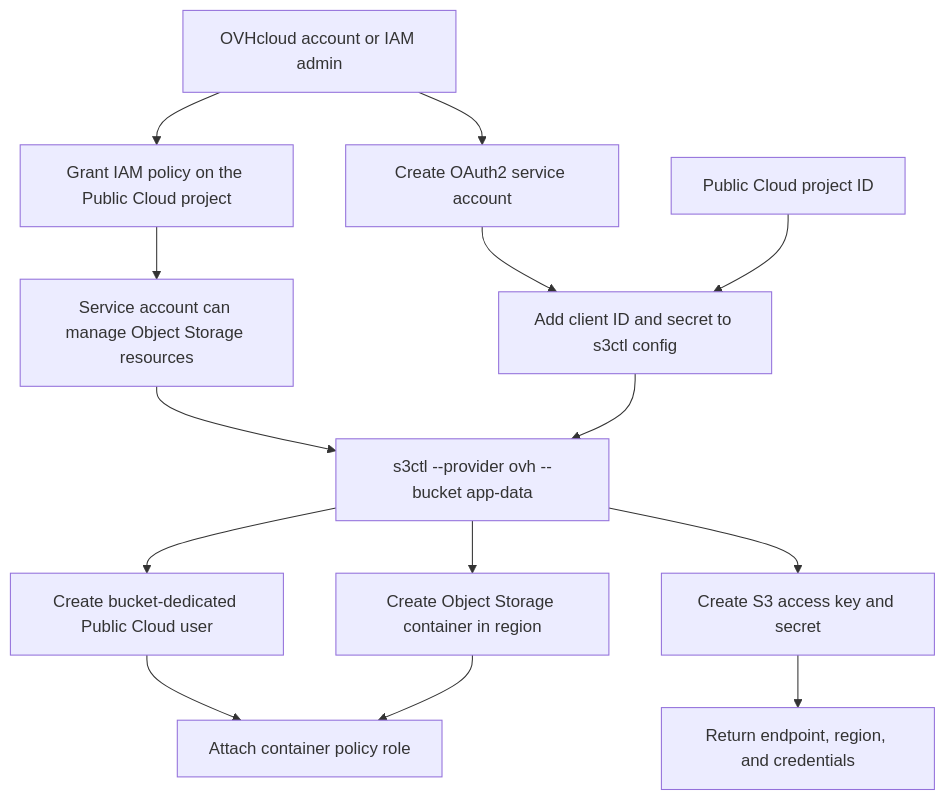
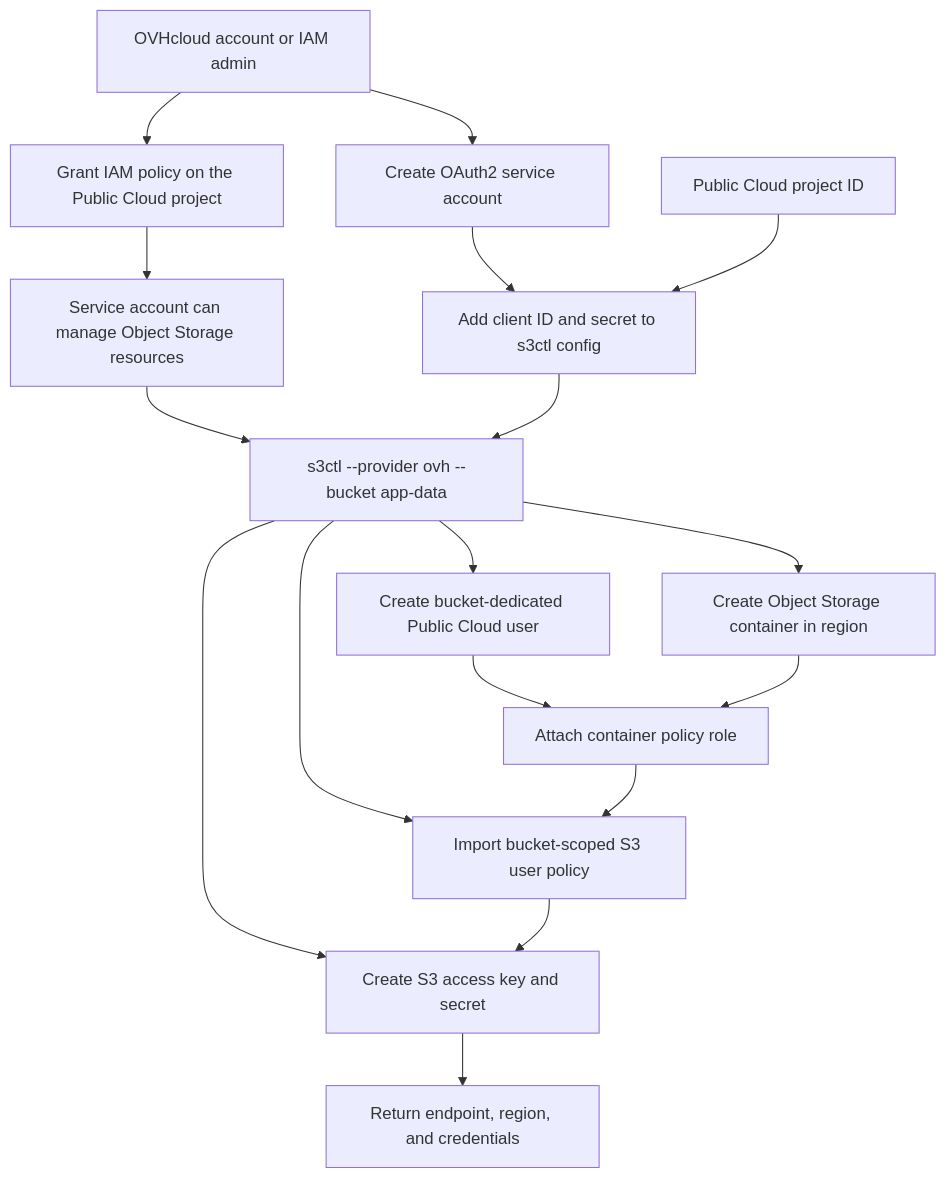
One commit to soakes/s3ctl changed the second of 2 diagrams in README.md. Above: the diagram before and after it, drawn with Mermaid. The commit also changed other lines of this file and 4 other files, not shown here.

````diff
--- a/README.md
+++ b/README.md
@@ -606,16 +632,19 @@
 ```mermaid
 flowchart TD
   admin["OVHcloud account or IAM admin"] --> oauth["Create OAuth2 service account"]
   admin --> iam["Grant IAM policy on the Public Cloud project"]
   oauth --> config["Add client ID and secret to s3ctl config"]
   project["Public Cloud project ID"] --> config
   iam --> access["Service account can manage Object Storage resources"]
   access --> run["s3ctl --provider ovh --bucket app-data"]
   config --> run
   run --> user["Create bucket-dedicated Public Cloud user"]
   run --> bucket["Create Object Storage container in region"]
+  run --> userpolicy["Import bucket-scoped S3 user policy"]
   run --> keys["Create S3 access key and secret"]
   user --> policy["Attach container policy role"]
   bucket --> policy
+  policy --> userpolicy
+  userpolicy --> keys
   keys --> result["Return endpoint, region, and credentials"]
 ```
````
